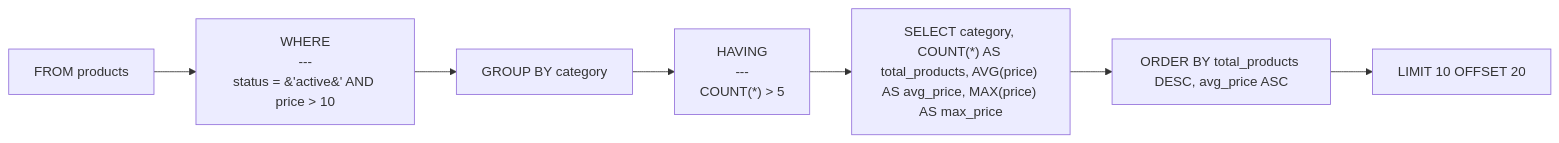
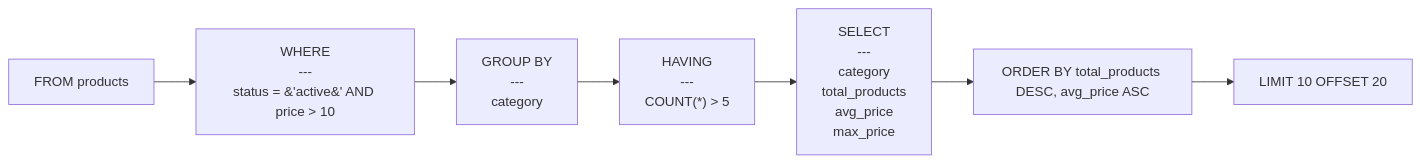
The diagram in examples/complex_query.mmd (rot1024/sqloflow), drawn with Mermaid before and after one commit. The commit also changed 42 other files, not shown here.

```diff
--- a/examples/complex_query.mmd
+++ b/examples/complex_query.mmd
@@ -1,14 +1,14 @@
 flowchart LR
     node_0[FROM products]
     node_1["WHERE<br/>---<br/>status = &#39;active&#39; AND price &gt; 10"]
-    node_2["GROUP BY category"]
+    node_2["GROUP BY<br/>---<br/>category"]
     node_3["HAVING<br/>---<br/>COUNT(*) &gt; 5"]
-    node_4["SELECT category, COUNT(*) AS total_products, AVG(price) AS avg_price, MAX(price) AS max_price"]
+    node_4["SELECT<br/>---<br/>category<br/>total_products<br/>avg_price<br/>max_price"]
     node_5["ORDER BY total_products DESC, avg_price ASC"]
     node_6["LIMIT 10 OFFSET 20"]
     node_0 --> node_1
     node_1 --> node_2
     node_2 --> node_3
     node_3 --> node_4
     node_4 --> node_5
     node_5 --> node_6
```
